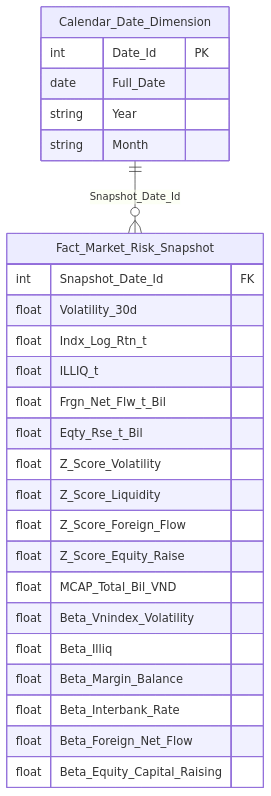
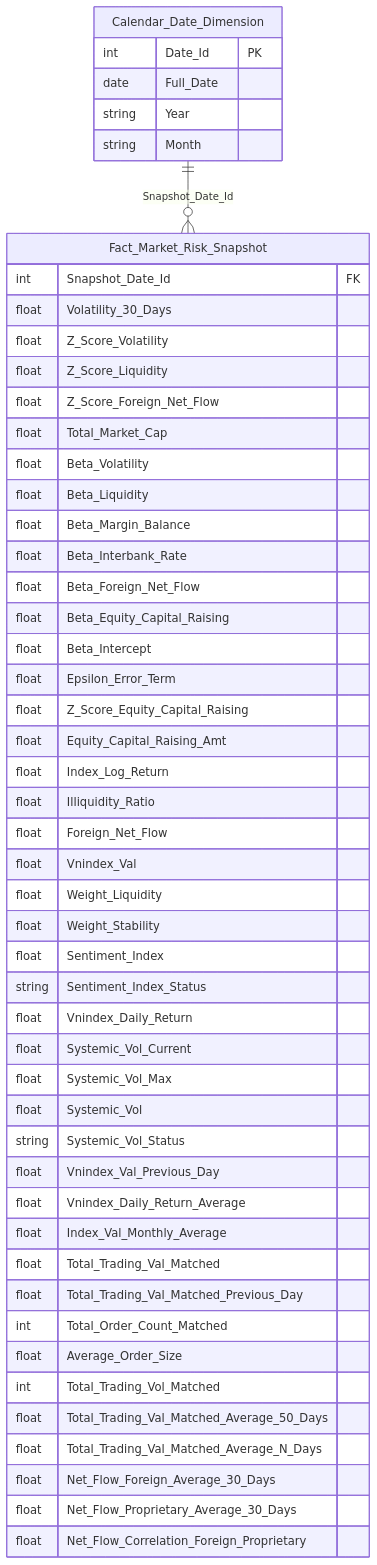
Before and after one commit to linhlvit/ubck_atomic_design: diagram 13 of 55 in Datamart/hld/DTM_PTTT_HLD.md, drawn with Mermaid. The commit also changed other lines of this file and 60 other files, not shown here.

````diff
--- a/Datamart/hld/DTM_PTTT_HLD.md
+++ b/Datamart/hld/DTM_PTTT_HLD.md
@@ -554,29 +580,54 @@
 ```mermaid
 erDiagram
     Fact_Market_Risk_Snapshot {
         int Snapshot_Date_Id FK
-        float Volatility_30d
-        float Indx_Log_Rtn_t
-        float ILLIQ_t
-        float Frgn_Net_Flw_t_Bil
-        float Eqty_Rse_t_Bil
+        float Volatility_30_Days
         float Z_Score_Volatility
         float Z_Score_Liquidity
-        float Z_Score_Foreign_Flow
-        float Z_Score_Equity_Raise
-        float MCAP_Total_Bil_VND
-        float Beta_Vnindex_Volatility
-        float Beta_Illiq
+        float Z_Score_Foreign_Net_Flow
+        float Total_Market_Cap
+        float Beta_Volatility
+        float Beta_Liquidity
         float Beta_Margin_Balance
         float Beta_Interbank_Rate
         float Beta_Foreign_Net_Flow
         float Beta_Equity_Capital_Raising
+        float Beta_Intercept
+        float Epsilon_Error_Term
+        float Z_Score_Equity_Capital_Raising
+        float Equity_Capital_Raising_Amt
+        float Index_Log_Return
+        float Illiquidity_Ratio
+        float Foreign_Net_Flow
+        float Vnindex_Val
+        float Weight_Liquidity
+        float Weight_Stability
+        float Sentiment_Index
+        string Sentiment_Index_Status
+        float Vnindex_Daily_Return
+        float Systemic_Vol_Current
+        float Systemic_Vol_Max
+        float Systemic_Vol
+        string Systemic_Vol_Status
+        float Vnindex_Val_Previous_Day
+        float Vnindex_Daily_Return_Average
+        float Index_Val_Monthly_Average
+        float Total_Trading_Val_Matched
+        float Total_Trading_Val_Matched_Previous_Day
+        int Total_Order_Count_Matched
+        float Average_Order_Size
+        int Total_Trading_Vol_Matched
+        float Total_Trading_Val_Matched_Average_50_Days
+        float Total_Trading_Val_Matched_Average_N_Days
+        float Net_Flow_Foreign_Average_30_Days
+        float Net_Flow_Proprietary_Average_30_Days
+        float Net_Flow_Correlation_Foreign_Proprietary
     }
     Calendar_Date_Dimension {
         int Date_Id PK
         date Full_Date
         string Year
         string Month
     }
     Calendar_Date_Dimension ||--o{ Fact_Market_Risk_Snapshot : "Snapshot_Date_Id"
 ```
````
